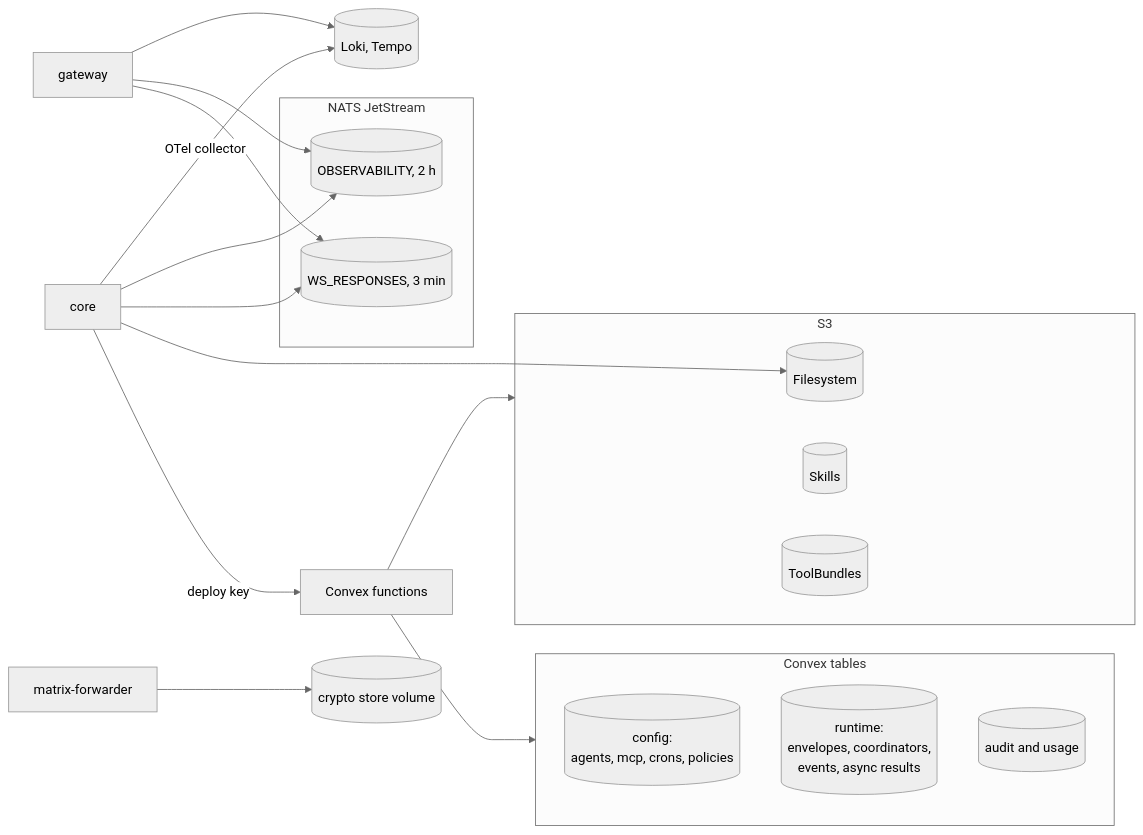
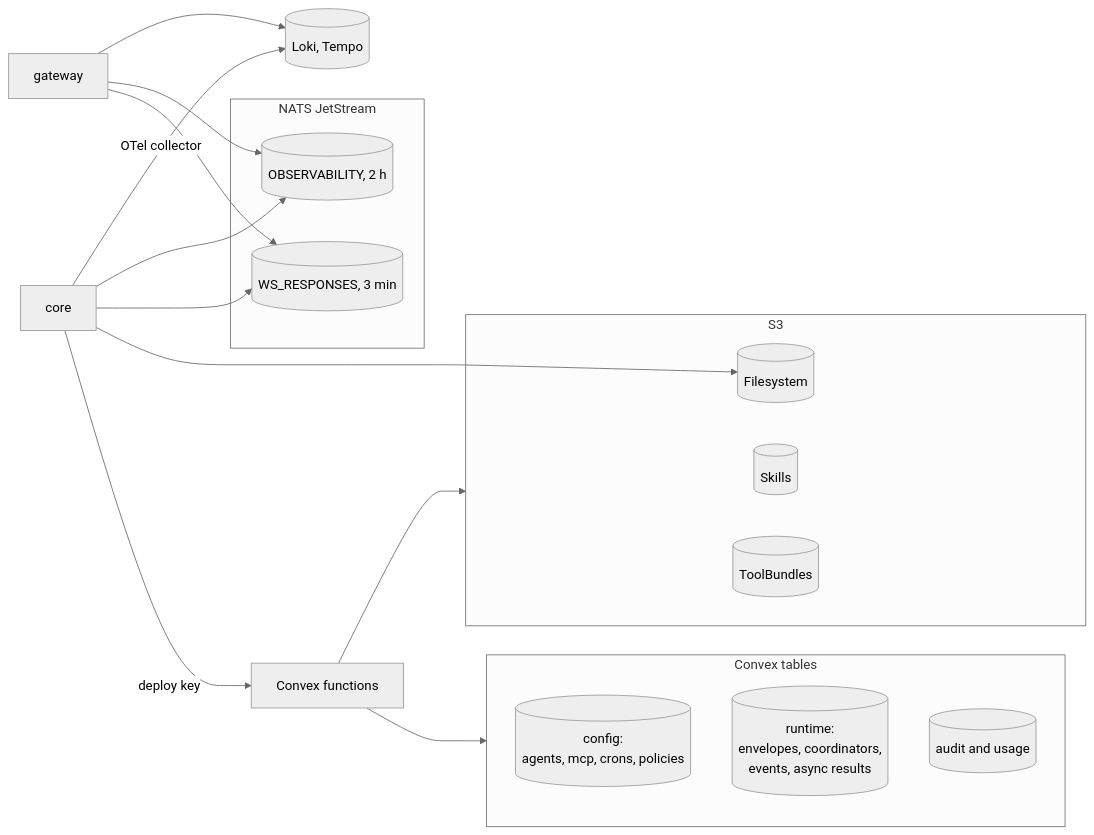
The ninth of 11 diagrams in apps/docs/docs/internals/architecture.md (beeblastco/broods), drawn with Mermaid (neutral theme) before and after one commit. The commit also changed other lines of this file and 77 other files, not shown here.

First line of the commit message:
chore!: remove the Matrix channel and apps/matrix-forwarder

````diff
--- a/apps/docs/docs/internals/architecture.md
+++ b/apps/docs/docs/internals/architecture.md
@@ -262,39 +262,36 @@
 ```mermaid
 flowchart LR
   Core["core"]
   CVX["Convex functions"]
   GW["gateway"]
-  MF["matrix-forwarder"]
 
   subgraph Tables["Convex tables"]
     Cfg[("config:<br/>agents, mcp, crons, policies")]
     Run[("runtime:<br/>envelopes, coordinators,<br/>events, async results")]
     Aud[("audit and usage")]
   end
 
   subgraph Buckets["S3"]
     FS[("Filesystem")]
     SK[("Skills")]
     TB[("ToolBundles")]
   end
 
   subgraph JS["NATS JetStream"]
     WSR[("WS_RESPONSES, 3 min")]
     OBS[("OBSERVABILITY, 2 h")]
   end
 
   LT[("Loki, Tempo")]
-  Vol[("crypto store volume")]
 
   CVX --> Tables
   CVX --> Buckets
   Core -->|"deploy key"| CVX
   Core --> FS
   Core --> WSR
   Core --> OBS
   Core -->|"OTel collector"| LT
   GW --> WSR
   GW --> OBS
   GW --> LT
-  MF --> Vol
 ```
````
